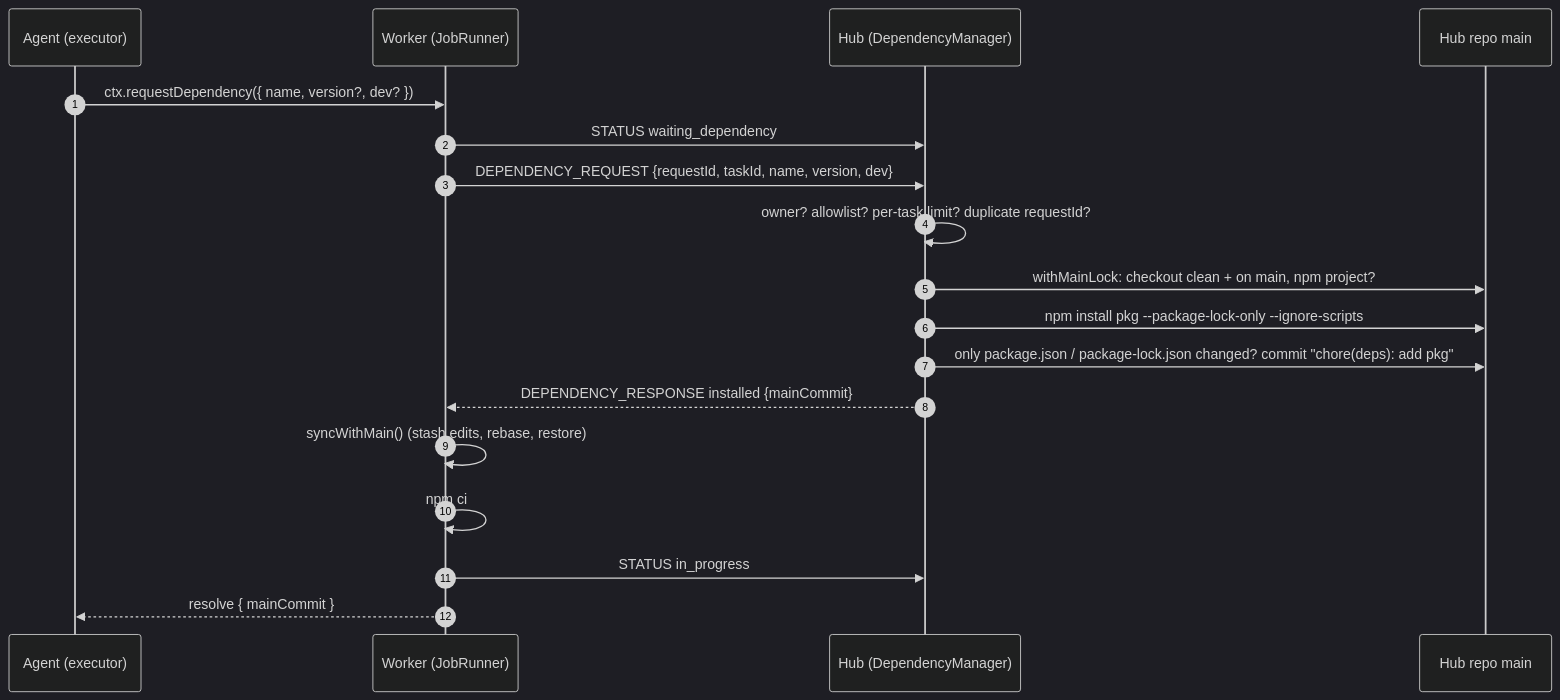
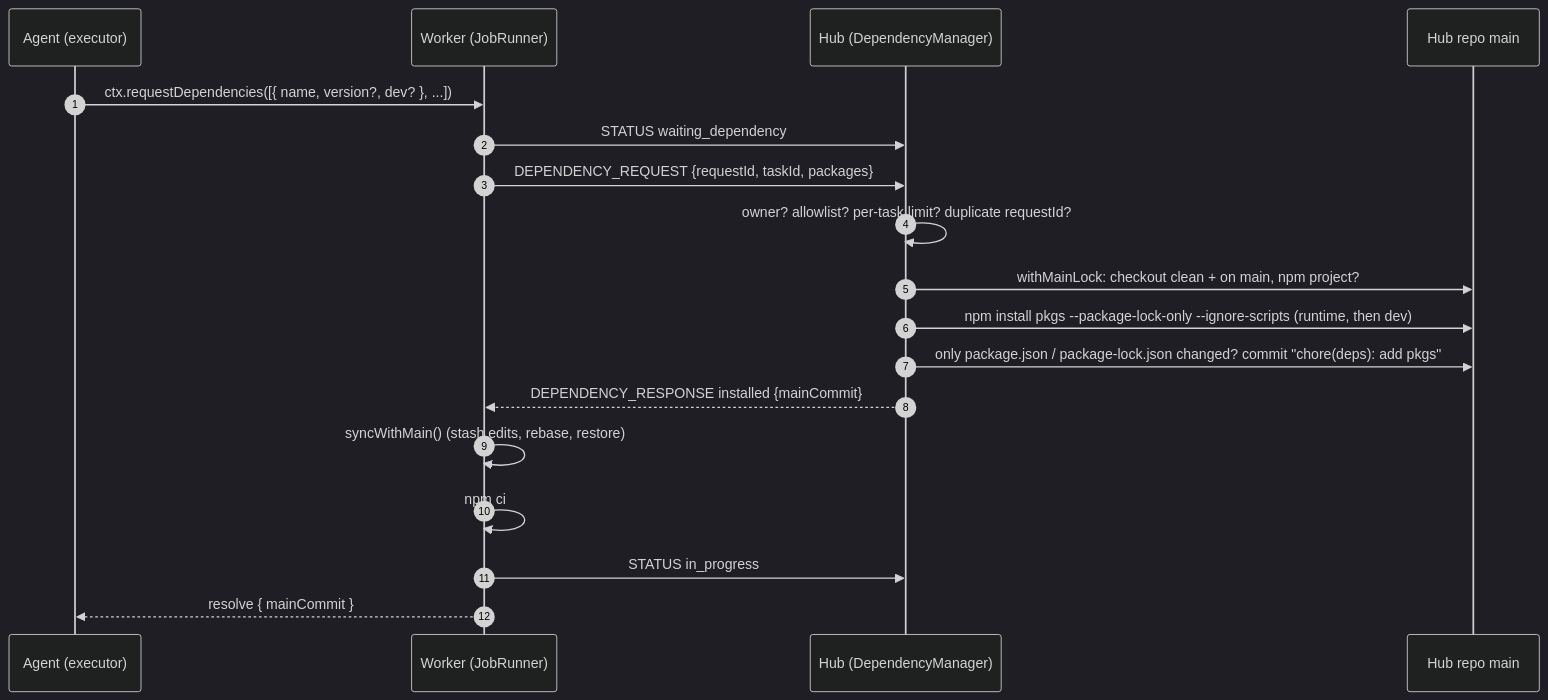
One commit to Sys64k/ai-swarm-orchestrator changed diagram 11 of 15 in ARCHITECTURE.md. Above: the diagram before and after it, drawn with Mermaid (dark theme). The commit also changed other lines of this file and 15 other files, not shown here.

First line of the commit message:
fix: add many npm packages in one dependency request

````diff
--- a/ARCHITECTURE.md
+++ b/ARCHITECTURE.md
@@ -549,21 +549,21 @@
 ```mermaid
 sequenceDiagram
   autonumber
   participant Ag as Agent (executor)
   participant W as Worker (JobRunner)
   participant H as Hub (DependencyManager)
   participant M as Hub repo main
 
-  Ag->>W: ctx.requestDependency({ name, version?, dev? })
+  Ag->>W: ctx.requestDependencies([{ name, version?, dev? }, ...])
   W->>H: STATUS waiting_dependency
-  W->>H: DEPENDENCY_REQUEST {requestId, taskId, name, version, dev}
+  W->>H: DEPENDENCY_REQUEST {requestId, taskId, packages}
   H->>H: owner? allowlist? per-task limit? duplicate requestId?
   H->>M: withMainLock: checkout clean + on main, npm project?
-  H->>M: npm install pkg --package-lock-only --ignore-scripts
-  H->>M: only package.json / package-lock.json changed? commit "chore(deps): add pkg"
+  H->>M: npm install pkgs --package-lock-only --ignore-scripts (runtime, then dev)
+  H->>M: only package.json / package-lock.json changed? commit "chore(deps): add pkgs"
   H-->>W: DEPENDENCY_RESPONSE installed {mainCommit}
   W->>W: syncWithMain() (stash edits, rebase, restore)
   W->>W: npm ci
   W->>H: STATUS in_progress
   W-->>Ag: resolve { mainCommit }
 ```
````
